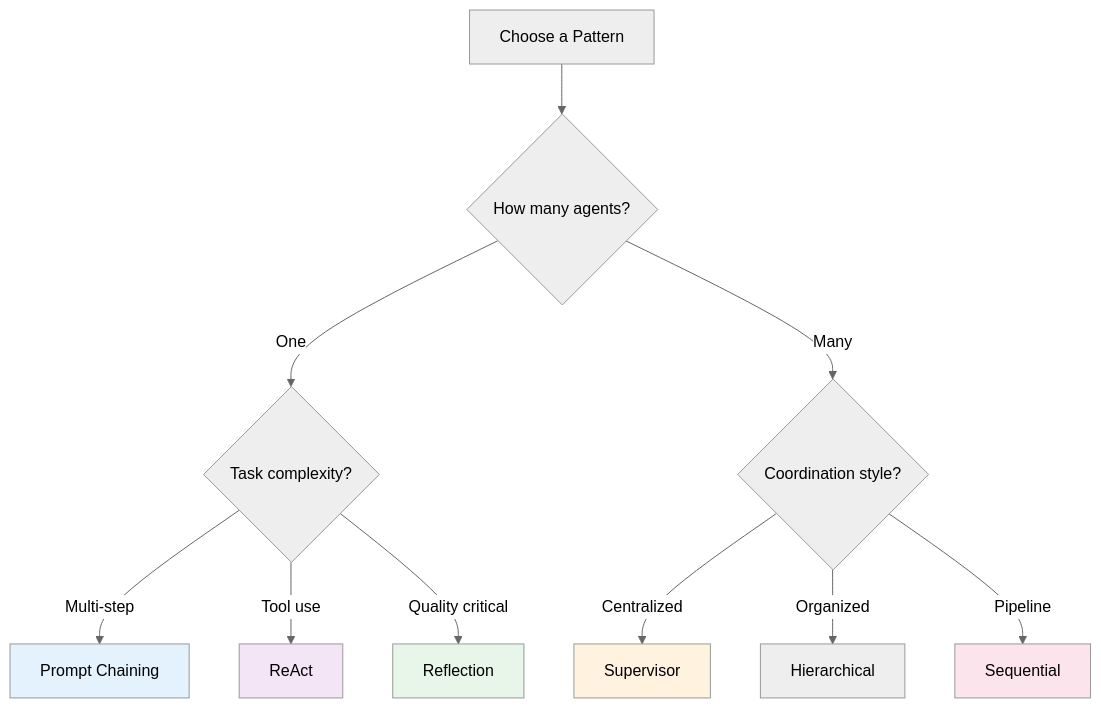
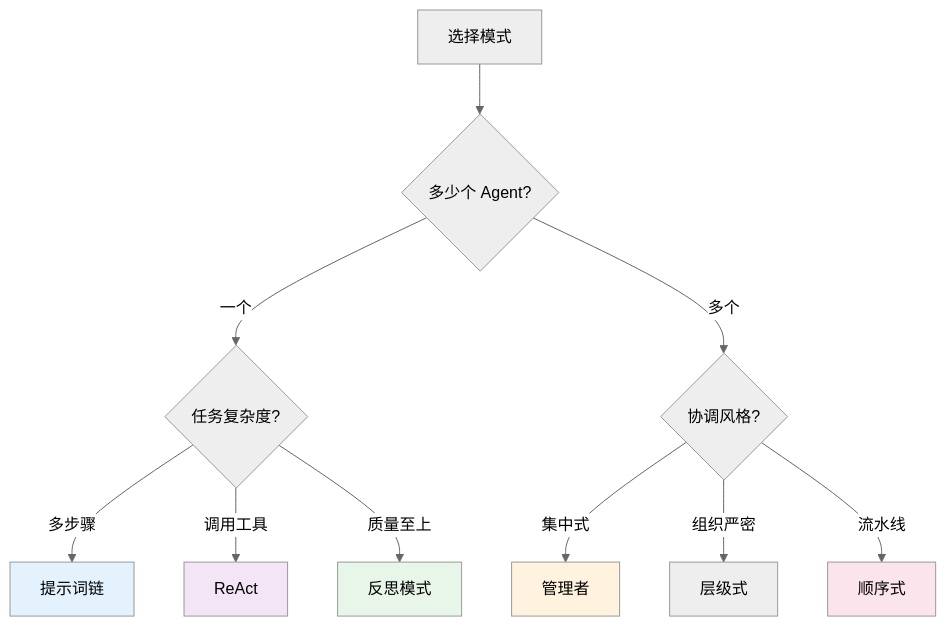
One commit to YiWang24/AiDIY changed diagram 11 of 20 in i18n/zh-Hans/docusaurus-plugin-content-docs/current/ai/agents/design-patterns.mdx. Above: the diagram before and after it, drawn with Mermaid (neutral theme). The commit also changed other lines of this file and 59 other files, not shown here.

````diff
--- a/i18n/zh-Hans/docusaurus-plugin-content-docs/current/ai/agents/design-patterns.mdx
+++ b/i18n/zh-Hans/docusaurus-plugin-content-docs/current/ai/agents/design-patterns.mdx
@@ -437,21 +437,21 @@
 ```mermaid
 flowchart TD
-    Start[Choose a Pattern] --> Q1{How many agents?}
+    Start[选择模式] --> Q1{多少个 Agent?}
 
-    Q1 -->|One| Q2{Task complexity?}
-    Q1 -->|Many| Q3{Coordination style?}
+    Q1 -->|一个| Q2{任务复杂度?}
+    Q1 -->|多个| Q3{协调风格?}
 
-    Q2 -->|Multi-step| PC[Prompt Chaining]
-    Q2 -->|Tool use| RA[ReAct]
-    Q2 -->|Quality critical| REF[Reflection]
+    Q2 -->|多步骤| PC[提示词链]
+    Q2 -->|调用工具| RA[ReAct]
+    Q2 -->|质量至上| REF[反思模式]
 
-    Q3 -->|Centralized| SUP[Supervisor]
-    Q3 -->|Organized| HIER[Hierarchical]
-    Q3 -->|Pipeline| SEQ[Sequential]
+    Q3 -->|集中式| SUP[管理者]
+    Q3 -->|组织严密| HIER[层级式]
+    Q3 -->|流水线| SEQ[顺序式]
 
     style PC fill:#e3f2fd
     style RA fill:#f3e5f5
     style REF fill:#e8f5e9
     style SUP fill:#fff3e0
     style SEQ fill:#fce4ec
 ```
````
